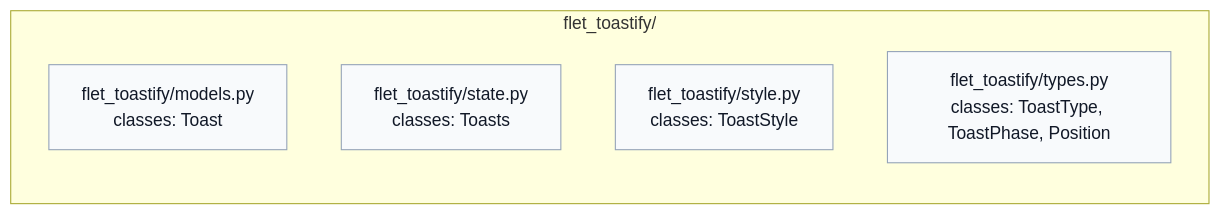
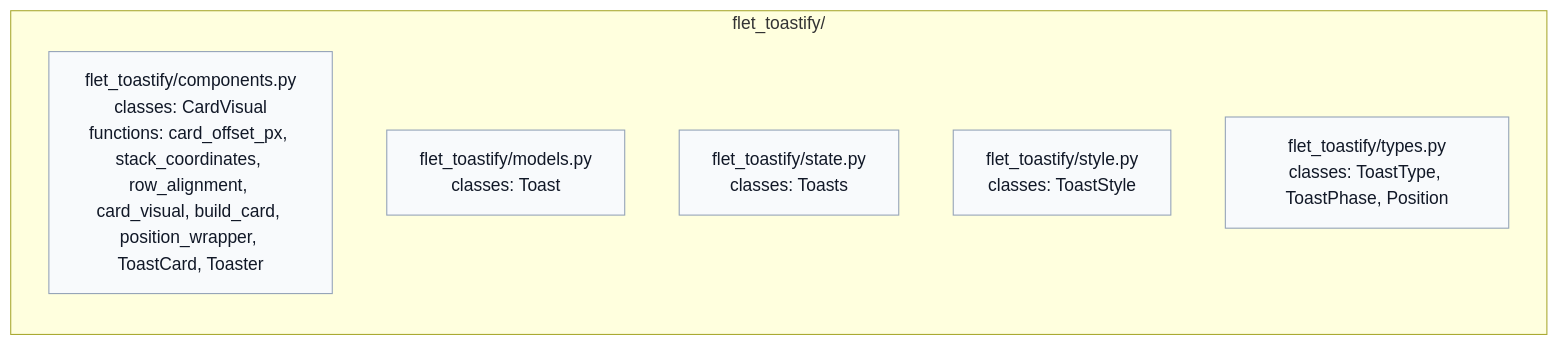
Before and after one commit to brunobrown/flet-toastify: the diagram in docs/assets/diagrams/generated/hierarchy.mmd, drawn with Mermaid. The commit also changed 12 other files, not shown here.

Commit message:
feat: adiciona componentes declarativos ToastCard e Toaster

```diff
--- a/docs/assets/diagrams/generated/hierarchy.mmd
+++ b/docs/assets/diagrams/generated/hierarchy.mmd
@@ -1,11 +1,12 @@
 flowchart TD
   %% flet-toastify generated architecture diagrams: module hierarchy
   subgraph node_1["flet_toastify/"]
     direction TD
-    node_2["flet_toastify/models.py<br/>classes: Toast"]:::module
-    node_3["flet_toastify/state.py<br/>classes: Toasts"]:::module
-    node_4["flet_toastify/style.py<br/>classes: ToastStyle"]:::module
-    node_5["flet_toastify/types.py<br/>classes: ToastType, ToastPhase, Position"]:::module
+    node_2["flet_toastify/components.py<br/>classes: CardVisual<br/>functions: card_offset_px, stack_coordinates, row_alignment, card_visual, build_card, position_wrapper, ToastCard, Toaster"]:::module
+    node_3["flet_toastify/models.py<br/>classes: Toast"]:::module
+    node_4["flet_toastify/state.py<br/>classes: Toasts"]:::module
+    node_5["flet_toastify/style.py<br/>classes: ToastStyle"]:::module
+    node_6["flet_toastify/types.py<br/>classes: ToastType, ToastPhase, Position"]:::module
   end
 
   classDef module fill:#f8fafc,stroke:#94a3b8,color:#111827
```
